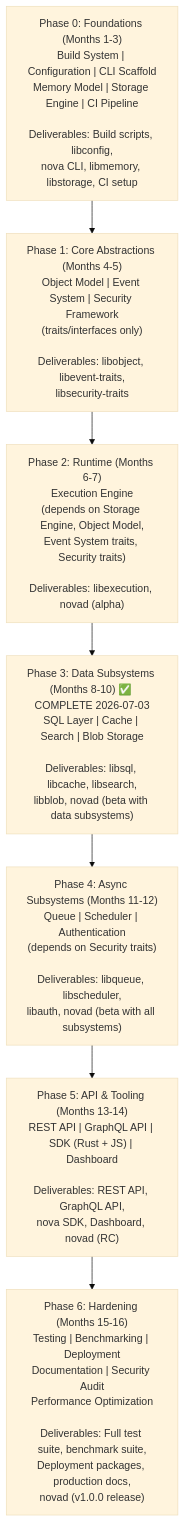
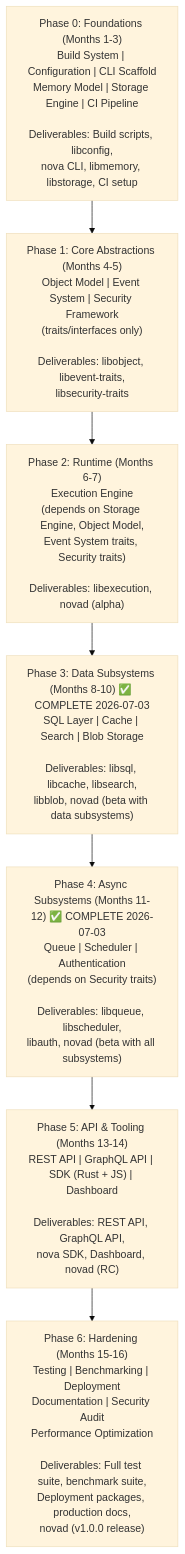
One commit to Icarus-afk/Nova-Runtime changed the first of 6 diagrams in docs/30-development-roadmap.md. Above: the diagram before and after it, drawn with Mermaid (base theme). The commit also changed other lines of this file and 36 other files, not shown here.

First line of the commit message:
Phase 4 complete: Async Subsystems (Queue, Scheduler, Auth)

````diff
--- a/docs/30-development-roadmap.md
+++ b/docs/30-development-roadmap.md
@@ -53,12 +53,12 @@
 ```mermaid
 graph TB
     P0["Phase 0: Foundations (Months 1-3)<br/>Build System | Configuration | CLI Scaffold<br/>Memory Model | Storage Engine | CI Pipeline<br/><br/>Deliverables: Build scripts, libconfig,<br/>nova CLI, libmemory, libstorage, CI setup"]
     P1["Phase 1: Core Abstractions (Months 4-5)<br/>Object Model | Event System | Security Framework<br/>(traits/interfaces only)<br/><br/>Deliverables: libobject, libevent-traits,<br/>libsecurity-traits"]
     P2["Phase 2: Runtime (Months 6-7)<br/>Execution Engine<br/>(depends on Storage Engine, Object Model,<br/>Event System traits, Security traits)<br/><br/>Deliverables: libexecution, novad (alpha)"]
     P3["Phase 3: Data Subsystems (Months 8-10) ✅ COMPLETE 2026-07-03<br/>SQL Layer | Cache | Search | Blob Storage<br/><br/>Deliverables: libsql, libcache, libsearch,<br/>libblob, novad (beta with data subsystems)"]
-    P4["Phase 4: Async Subsystems (Months 11-12)<br/>Queue | Scheduler | Authentication<br/>(depends on Security traits)<br/><br/>Deliverables: libqueue, libscheduler,<br/>libauth, novad (beta with all subsystems)"]
+    P4["Phase 4: Async Subsystems (Months 11-12) ✅ COMPLETE 2026-07-03<br/>Queue | Scheduler | Authentication<br/>(depends on Security traits)<br/><br/>Deliverables: libqueue, libscheduler,<br/>libauth, novad (beta with all subsystems)"]
     P5["Phase 5: API & Tooling (Months 13-14)<br/>REST API | GraphQL API | SDK (Rust + JS) | Dashboard<br/><br/>Deliverables: REST API, GraphQL API,<br/>nova SDK, Dashboard, novad (RC)"]
     P6["Phase 6: Hardening (Months 15-16)<br/>Testing | Benchmarking | Deployment<br/>Documentation | Security Audit<br/>Performance Optimization<br/><br/>Deliverables: Full test suite, benchmark suite,<br/>Deployment packages, production docs,<br/>novad (v1.0.0 release)"]
 
     P0 --> P1 --> P2 --> P3 --> P4 --> P5 --> P6
 ```
````
